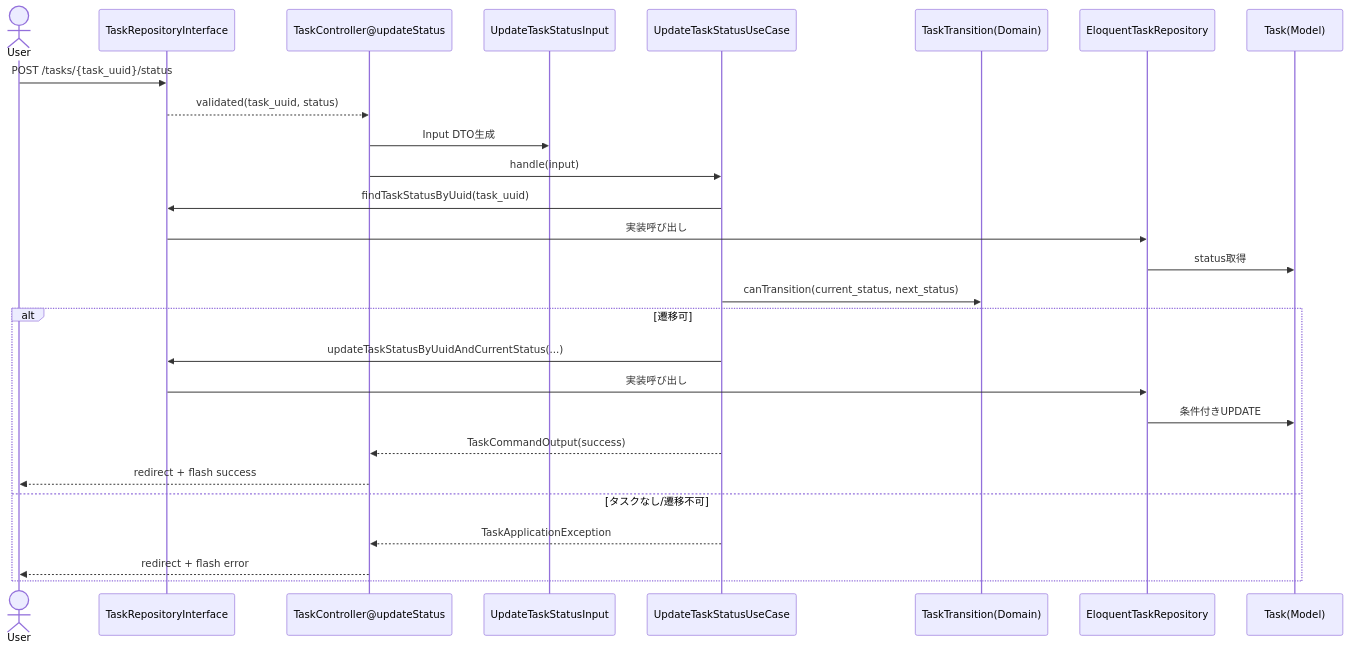
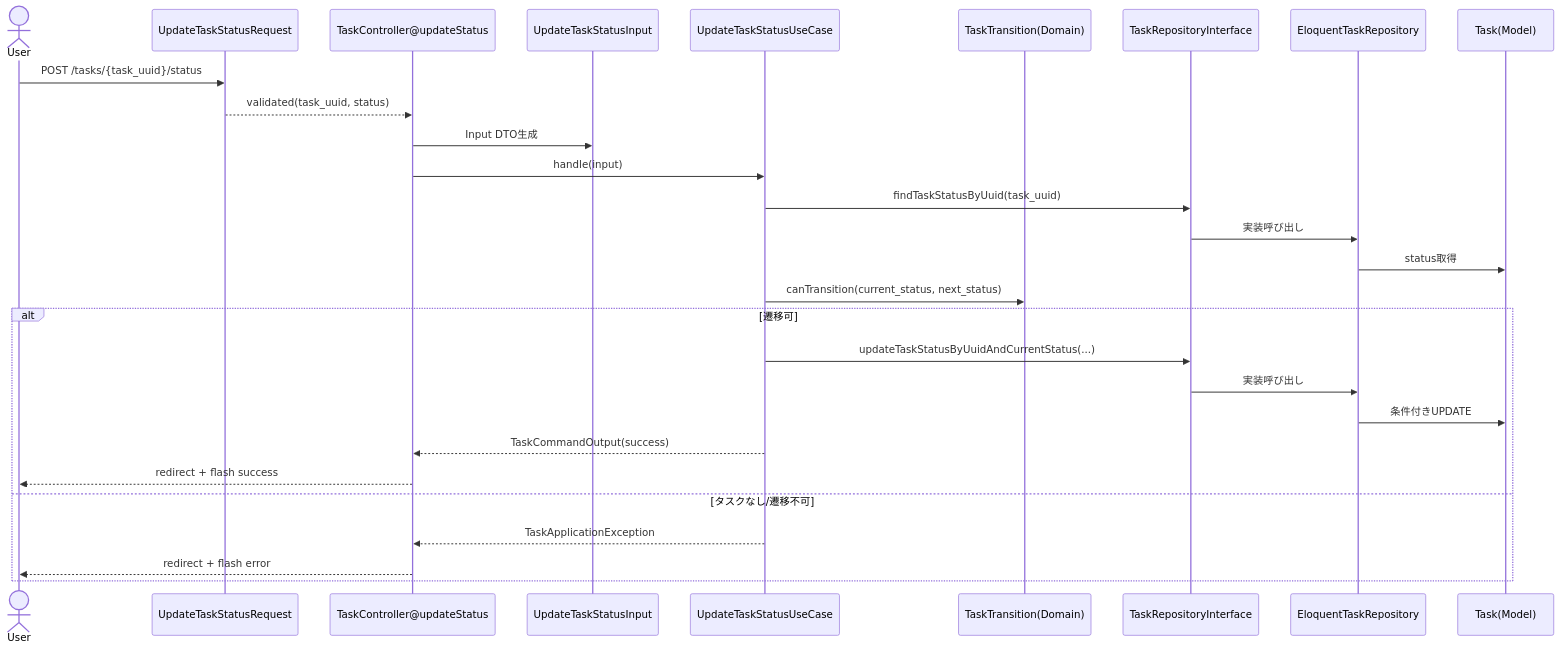
The fourth of 5 diagrams in docs/task-usecase-data-flow.md (pasgroup/laravel-playground), drawn with Mermaid before and after one commit. The commit also changed other lines of this file and 6 other files, not shown here.

````diff
--- a/docs/task-usecase-data-flow.md
+++ b/docs/task-usecase-data-flow.md
@@ -91,31 +91,31 @@
 ```mermaid
 sequenceDiagram
     actor U as User
-    participant R as UpdateTaskStatusRequest
+    participant Req as UpdateTaskStatusRequest
     participant C as TaskController@updateStatus
     participant D as UpdateTaskStatusInput
     participant UU as UpdateTaskStatusUseCase
     participant TT as TaskTransition(Domain)
-    participant R as TaskRepositoryInterface
+    participant Repo as TaskRepositoryInterface
     participant ER as EloquentTaskRepository
     participant T as Task(Model)
 
-    U->>R: POST /tasks/{task_uuid}/status
-    R-->>C: validated(task_uuid, status)
+    U->>Req: POST /tasks/{task_uuid}/status
+    Req-->>C: validated(task_uuid, status)
     C->>D: Input DTO生成
     C->>UU: handle(input)
-    UU->>R: findTaskStatusByUuid(task_uuid)
-    R->>ER: 実装呼び出し
+    UU->>Repo: findTaskStatusByUuid(task_uuid)
+    Repo->>ER: 実装呼び出し
     ER->>T: status取得
     UU->>TT: canTransition(current_status, next_status)
     alt 遷移可
-        UU->>R: updateTaskStatusByUuidAndCurrentStatus(...)
-        R->>ER: 実装呼び出し
+        UU->>Repo: updateTaskStatusByUuidAndCurrentStatus(...)
+        Repo->>ER: 実装呼び出し
         ER->>T: 条件付きUPDATE
         UU-->>C: TaskCommandOutput(success)
         C-->>U: redirect + flash success
     else タスクなし/遷移不可
         UU-->>C: TaskApplicationException
         C-->>U: redirect + flash error
     end
 ```
````
